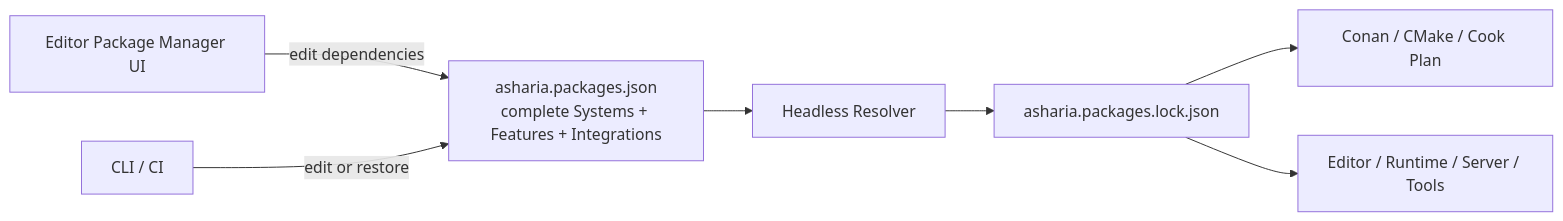
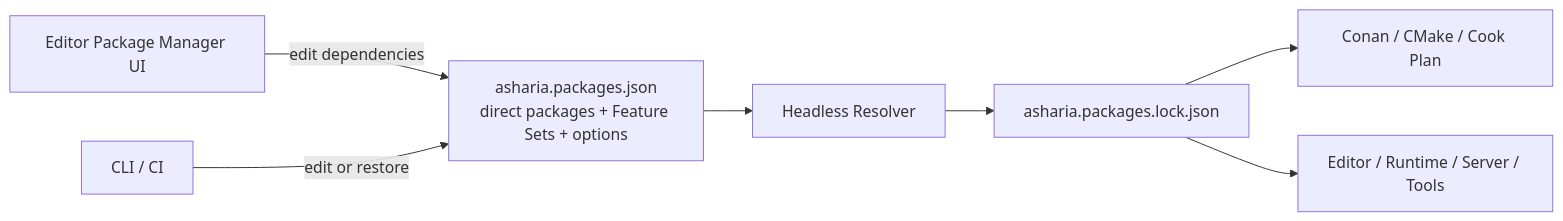
Before and after one commit to 66six11/Engine: the diagram in docs/architecture/package-first.md, drawn with Mermaid. The commit also changed other lines of this file and 19 other files, not shown here.

````diff
--- a/docs/architecture/package-first.md
+++ b/docs/architecture/package-first.md
@@ -195,17 +196,17 @@
 ```mermaid
 flowchart LR
     Editor["Editor Package Manager UI"]
     CLI["CLI / CI"]
-    Manifest["asharia.packages.json<br/>complete Systems + Features + Integrations"]
+    Manifest["asharia.packages.json<br/>direct packages + Feature Sets + options"]
     Resolver["Headless Resolver"]
     Lock["asharia.packages.lock.json"]
     Build["Conan / CMake / Cook Plan"]
     Hosts["Editor / Runtime / Server / Tools"]
 
     Editor -->|"edit dependencies"| Manifest
     CLI -->|"edit or restore"| Manifest
     Manifest --> Resolver
     Resolver --> Lock
     Lock --> Build
     Lock --> Hosts
 ```
````
